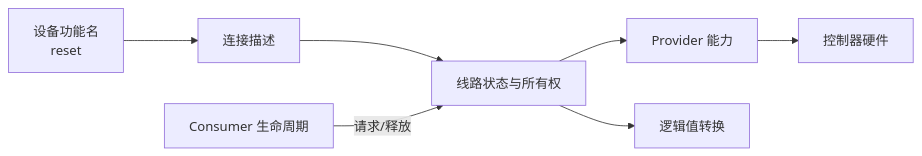
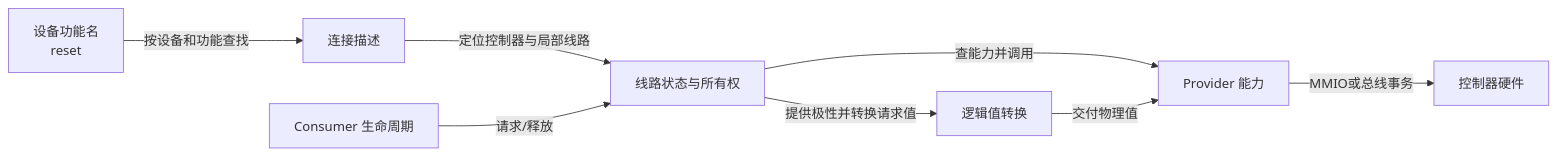
Before and after one commit to FormingSystem/linux_note: the fourth of 4 diagrams in knowledge/driver_model/gpio/P01_从寄存器位到_GPIO_连接抽象.md, drawn with Mermaid. The commit also changed other lines of this file and 5 other files, not shown here.

````diff
--- a/knowledge/driver_model/gpio/P01_从寄存器位到_GPIO_连接抽象.md
+++ b/knowledge/driver_model/gpio/P01_从寄存器位到_GPIO_连接抽象.md
@@ -91,9 +118,10 @@
 ```mermaid
 flowchart LR
-    F[设备功能名<br/>reset] --> M[连接描述]
-    M --> L[线路状态与所有权]
-    L --> P[Provider 能力]
-    P --> H[控制器硬件]
-    L --> V[逻辑值转换]
+    F[设备功能名<br/>reset] -->|按设备和功能查找| M[连接描述]
+    M -->|定位控制器与局部线路| L[线路状态与所有权]
+    L -->|查能力并调用| P[Provider 能力]
+    P -->|MMIO或总线事务| H[控制器硬件]
+    L -->|提供极性并转换请求值| V[逻辑值转换]
+    V -->|交付物理值| P
     C[Consumer 生命周期] -->|请求/释放| L
 ```
````
